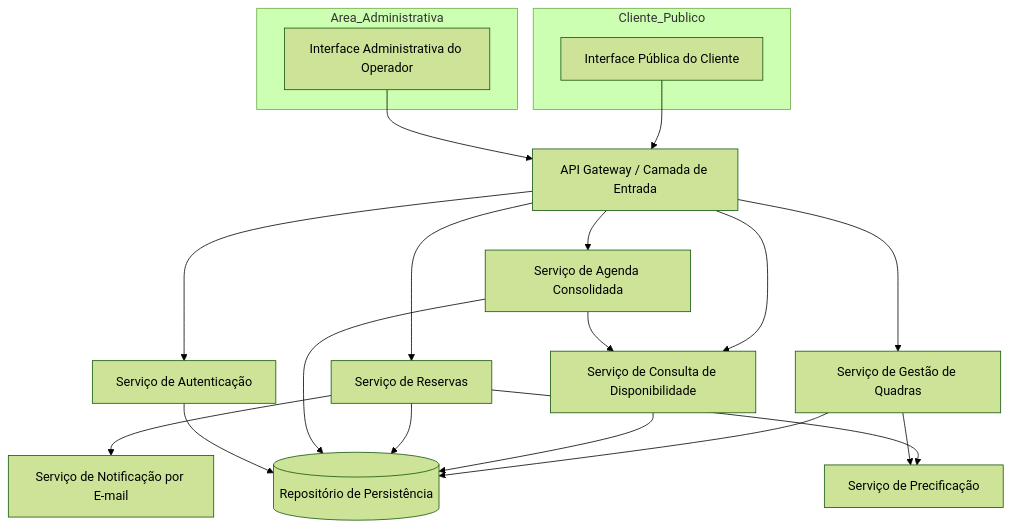
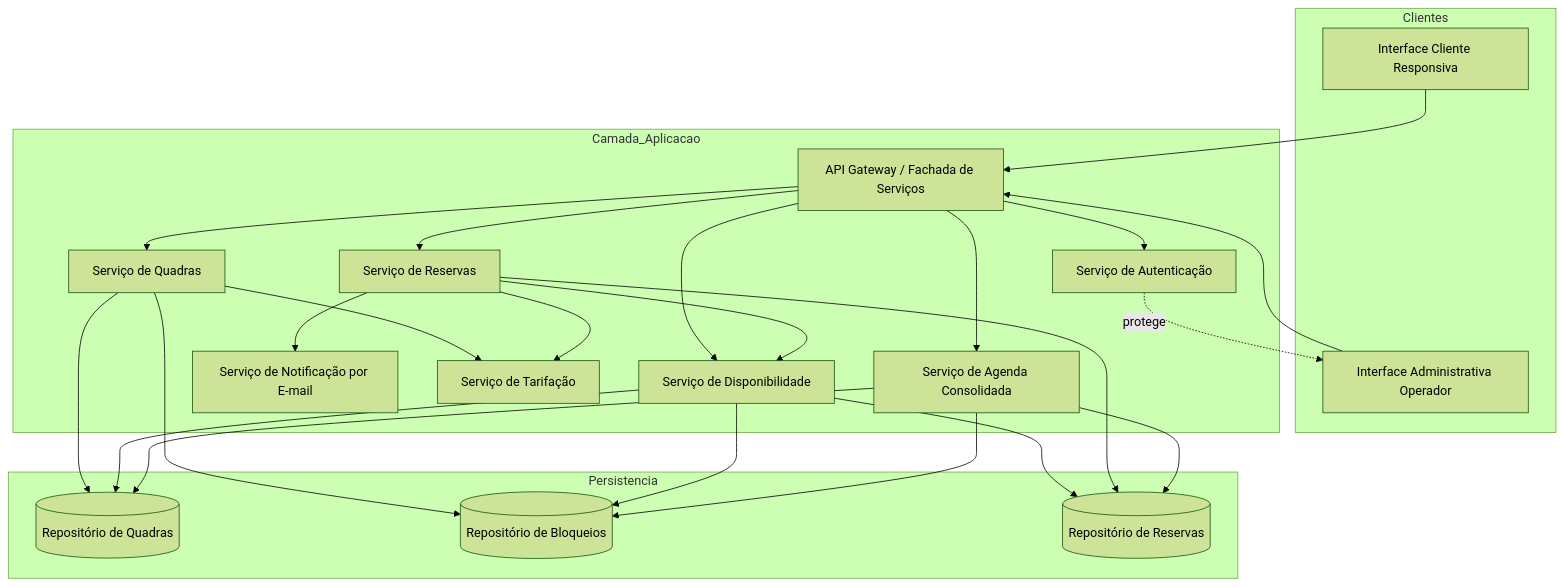
One commit to PDC-ESIA/AI4ES changed the first of 4 diagrams in docs/Time_2_Design/analise-qualitativa/outputs/relatorio_claude_opus_4_8_P05.md. Above: the diagram before and after it, drawn with Mermaid (forest theme). The commit also changed other lines of this file and 107 other files, not shown here.

````diff
--- a/docs/Time_2_Design/analise-qualitativa/outputs/relatorio_claude_opus_4_8_P05.md
+++ b/docs/Time_2_Design/analise-qualitativa/outputs/relatorio_claude_opus_4_8_P05.md
@@ -26,37 +26,47 @@
 ```mermaid
 graph TD
-    subgraph Cliente_Publico
-        UIC[Interface Pública do Cliente]
-    end
-    subgraph Area_Administrativa
-        UIA[Interface Administrativa do Operador]
+    subgraph Clientes
+        WebCliente[Interface Cliente Responsiva]
+        WebOperador[Interface Administrativa Operador]
     end
 
-    GW[API Gateway / Camada de Entrada]
-    AUTH[Serviço de Autenticação]
-    QRY[Serviço de Consulta de Disponibilidade]
-    RES[Serviço de Reservas]
-    QUA[Serviço de Gestão de Quadras]
-    AGD[Serviço de Agenda Consolidada]
-    NOT[Serviço de Notificação por E-mail]
-    PRC[Serviço de Precificação]
+    subgraph Camada_Aplicacao
+        APIGateway[API Gateway / Fachada de Serviços]
+        AuthService[Serviço de Autenticação]
+        QuadraService[Serviço de Quadras]
+        DisponibilidadeService[Serviço de Disponibilidade]
+        ReservaService[Serviço de Reservas]
+        AgendaService[Serviço de Agenda Consolidada]
+        NotificacaoService[Serviço de Notificação por E-mail]
+        TarifacaoService[Serviço de Tarifação]
+    end
 
-    REPO[(Repositório de Persistência)]
+    subgraph Persistencia
+        RepoQuadra[(Repositório de Quadras)]
+        RepoBloqueio[(Repositório de Bloqueios)]
+        RepoReserva[(Repositório de Reservas)]
+    end
 
-    UIC --> GW
-    UIA --> GW
-    GW --> AUTH
-    GW --> QRY
-    GW --> RES
-    GW --> QUA
-    GW --> AGD
-    QUA --> REPO
-    QRY --> REPO
-    RES --> REPO
-    AGD --> REPO
-    RES --> NOT
-    RES --> PRC
-    QUA --> PRC
-    AGD --> QRY
-    AUTH --> REPO
+    WebCliente --> APIGateway
+    WebOperador --> APIGateway
+    APIGateway --> AuthService
+    APIGateway --> QuadraService
+    APIGateway --> DisponibilidadeService
+    APIGateway --> ReservaService
+    APIGateway --> AgendaService
+
+    QuadraService --> RepoQuadra
+    QuadraService --> TarifacaoService
+    QuadraService --> RepoBloqueio
+    DisponibilidadeService --> RepoQuadra
+    DisponibilidadeService --> RepoBloqueio
+    DisponibilidadeService --> RepoReserva
+    ReservaService --> RepoReserva
+    ReservaService --> DisponibilidadeService
+    ReservaService --> NotificacaoService
+    ReservaService --> TarifacaoService
+    AgendaService --> RepoReserva
+    AgendaService --> RepoQuadra
+    AgendaService --> RepoBloqueio
+    AuthService -.protege.-> WebOperador
 ```
````
